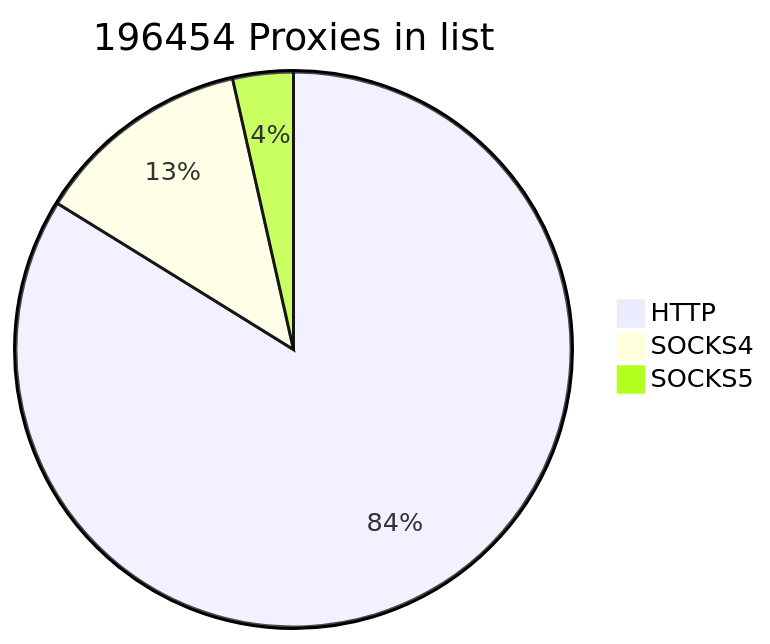
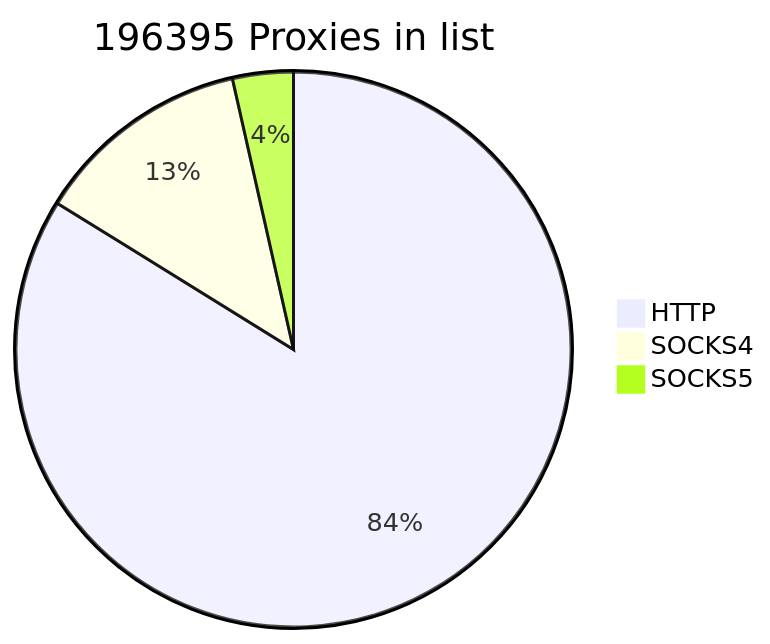
Before and after one commit to cutipu/proxylist: the first of 2 diagrams in README.md, drawn with Mermaid. The commit also changed other lines of this file, not shown here.

````diff
--- a/README.md
+++ b/README.md
@@ -2,7 +2,7 @@
 ```mermaid
-pie title 196454 Proxies in list
-    "HTTP" : 164674
-    "SOCKS4" : 24859
-    "SOCKS5" : 6921
+pie title 196395 Proxies in list
+    "HTTP" : 164625
+    "SOCKS4" : 24838
+    "SOCKS5" : 6932
             
 ```
````
